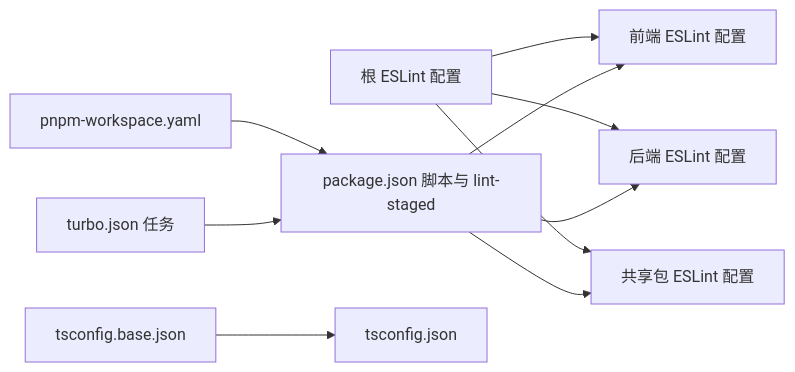
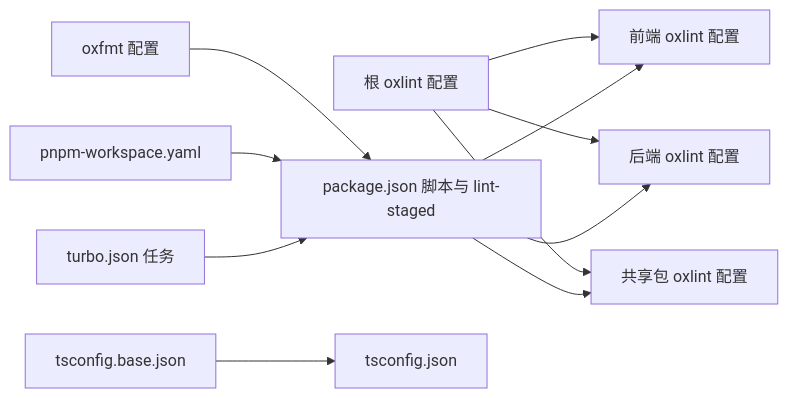
The third of 3 diagrams in .qoder/repowiki/zh/content/开发指南/代码规范与质量.md (xixixiaoyu/Todo), drawn with Mermaid before and after one commit. The commit also changed other lines of this file and 6 other files, not shown here.

````diff
--- a/.qoder/repowiki/zh/content/开发指南/代码规范与质量.md
+++ b/.qoder/repowiki/zh/content/开发指南/代码规范与质量.md
@@ -306,12 +327,13 @@
 ```mermaid
 graph LR
-RootESLint["根 ESLint 配置"] --> FEESLint["前端 ESLint 配置"]
-RootESLint --> BEESLint["后端 ESLint 配置"]
-RootESLint --> SharedESLint["共享包 ESLint 配置"]
-Pkg["package.json 脚本与 lint-staged"] --> FEESLint
-Pkg --> BEESLint
-Pkg --> SharedESLint
+RootOxlint["根 oxlint 配置"] --> FEOxlint["前端 oxlint 配置"]
+RootOxlint --> BEOxlint["后端 oxlint 配置"]
+RootOxlint --> SharedOxlint["共享包 oxlint 配置"]
+Pkg["package.json 脚本与 lint-staged"] --> FEOxlint
+Pkg --> BEOxlint
+Pkg --> SharedOxlint
+Oxfmt["oxfmt 配置"] --> Pkg
 TSBase["tsconfig.base.json"] --> TSRoot["tsconfig.json"]
 WS["pnpm-workspace.yaml"] --> Pkg
 Turbo["turbo.json 任务"] --> Pkg
 ```
````
